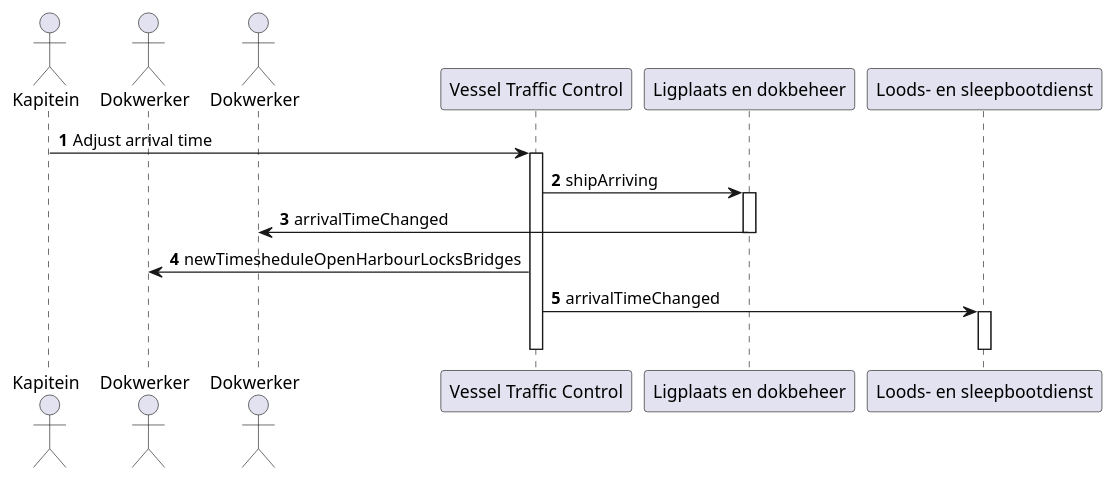
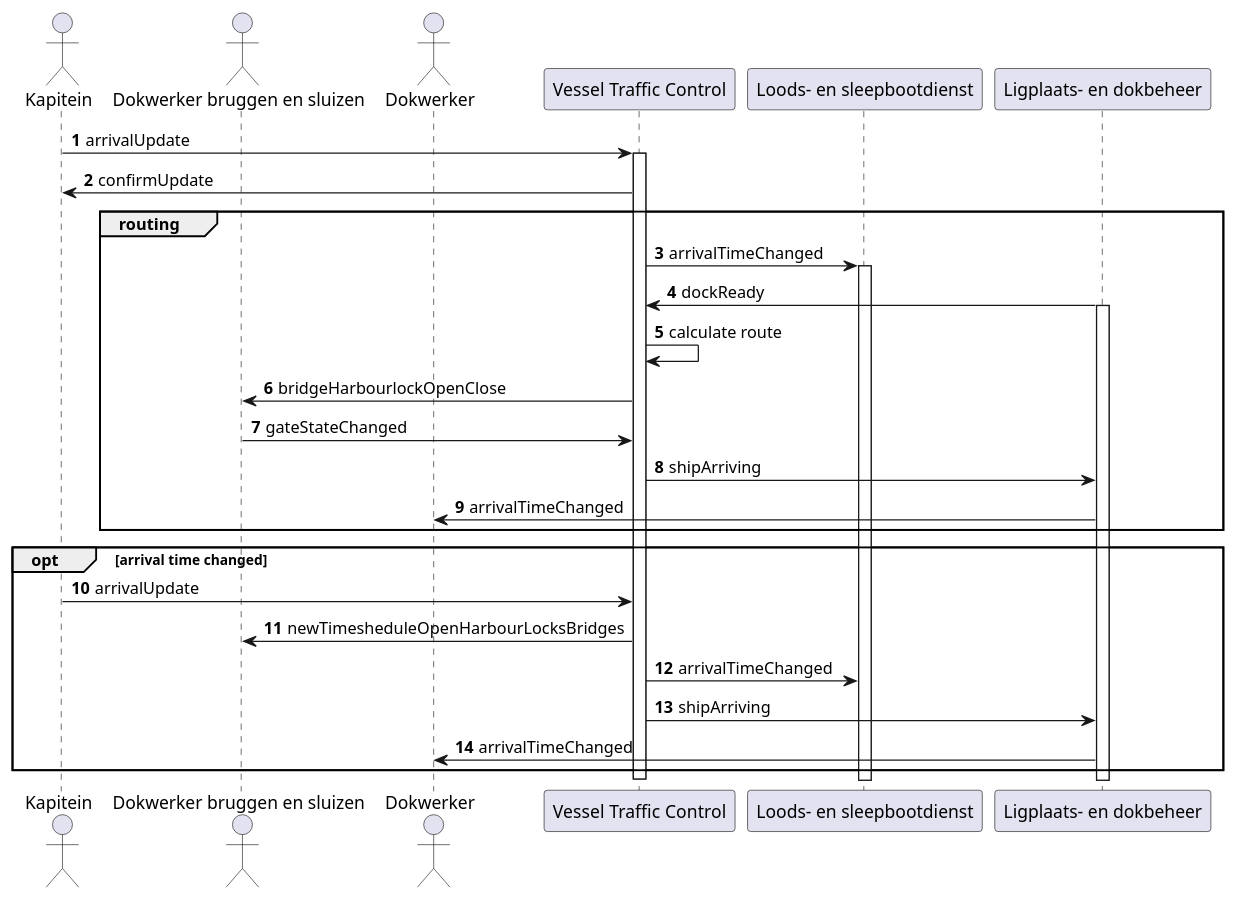
One commit to BavoAndriessen/project-sysdes changed the diagram in sequentie_binnenvarende_schepen.puml. Above: the diagram before and after it, drawn with PlantUML.

Commit message:
update sequence diagram

```diff
--- a/sequentie_binnenvarende_schepen.puml
+++ b/sequentie_binnenvarende_schepen.puml
@@ -1,20 +1,32 @@
 @startuml Binnenvarende_schepen
 
 autonumber 
 actor Kapitein
-actor Dokwerker
+actor "Dokwerker bruggen en sluizen" as dw1 
 actor Dokwerker as dw2
-Kapitein -> "Vessel Traffic Control": Adjust arrival time
-activate "Vessel Traffic Control"
-"Vessel Traffic Control" -> "Ligplaats en dokbeheer": shipArriving
-activate "Ligplaats en dokbeheer"
-"Ligplaats en dokbeheer" -> dw2: arrivalTimeChanged
-deactivate "Ligplaats en dokbeheer"
-"Vessel Traffic Control" -> Dokwerker: newTimesheduleOpenHarbourLocksBridges
-"Vessel Traffic Control" -> "Loods- en sleepbootdienst": arrivalTimeChanged
-activate "Loods- en sleepbootdienst"
-deactivate "Loods- en sleepbootdienst"
-deactivate "Vessel Traffic Control"
+
+Kapitein -> "Vessel Traffic Control" as VTC: arrivalUpdate
+activate VTC
+VTC -> Kapitein : confirmUpdate
+group routing
+VTC -> "Loods- en sleepbootdienst" as les: arrivalTimeChanged
+activate les
+"Ligplaats- en dokbeheer" as led -> VTC: dockReady
+activate led
+VTC -> VTC : calculate route
+VTC -> dw1 : bridgeHarbourlockOpenClose
+dw1 -> VTC : gateStateChanged
+VTC -> led : shipArriving
+led -> dw2: arrivalTimeChanged
+end
+opt arrival time changed
+Kapitein -> VTC: arrivalUpdate
+VTC -> dw1: newTimesheduleOpenHarbourLocksBridges
+VTC -> les: arrivalTimeChanged
+VTC -> led : shipArriving
+led -> dw2: arrivalTimeChanged
+end
+deactivate VTC
 
 
 @enduml
```
